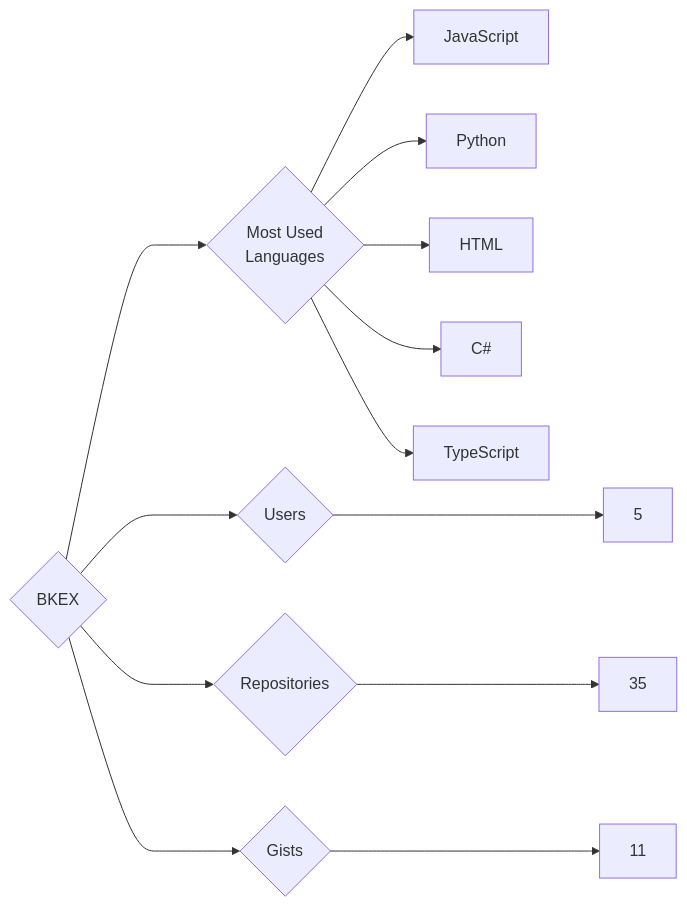
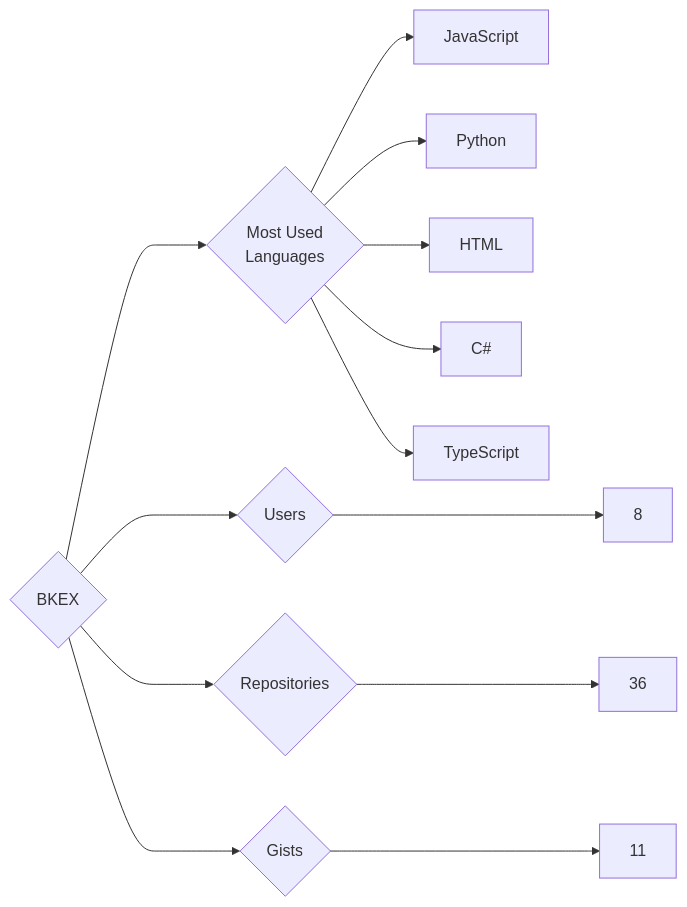
One commit to trickest/insiders changed the diagram in targets/BKEX/README.md. Above: the diagram before and after it, drawn with Mermaid. The commit also changed 1167 other files, not shown here.

````diff
--- a/targets/BKEX/README.md
+++ b/targets/BKEX/README.md
@@ -3,13 +3,13 @@
 ```mermaid
 graph LR
 COMPANY_NAME{BKEX}
-COMPANY_NAME ---> U{Users} ---> UN[5]
-COMPANY_NAME ---> R{Repositories} ---> RN[35]
+COMPANY_NAME ---> U{Users} ---> UN[8]
+COMPANY_NAME ---> R{Repositories} ---> RN[36]
 COMPANY_NAME ---> G{Gists} ---> GN[11]
 COMPANY_NAME ---> ML{Most Used<br>Languages}
 ML --> JavaScript[JavaScript]
 ML --> Python[Python]
 ML --> HTML[HTML]
 ML --> C#[C#]
 ML --> TypeScript[TypeScript]
 ```
````
